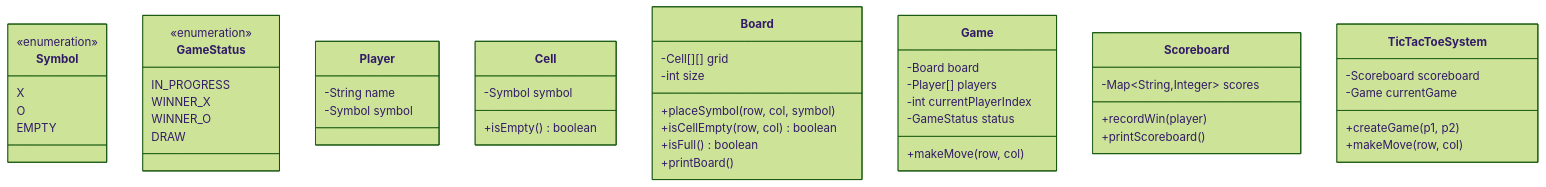
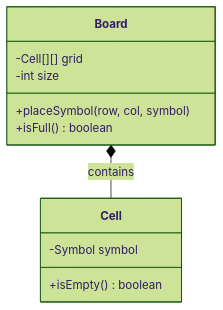
One commit to mthaiseer/springcloud-systemdesign-notes changed the second of 8 diagrams in LLD_NOTES/tic_tac_toe_lld_reference.md. Above: the diagram before and after it, drawn with Mermaid (forest theme). The commit also changed other lines of this file, not shown here.

````diff
--- a/LLD_NOTES/tic_tac_toe_lld_reference.md
+++ b/LLD_NOTES/tic_tac_toe_lld_reference.md
@@ -66,57 +70,16 @@
 ```mermaid
 classDiagram
-    class Symbol {
-        <<enumeration>>
-        X
-        O
-        EMPTY
-    }
-
-    class GameStatus {
-        <<enumeration>>
-        IN_PROGRESS
-        WINNER_X
-        WINNER_O
-        DRAW
-    }
-
-    class Player {
-        -String name
-        -Symbol symbol
+    class Board {
+        -Cell[][] grid
+        -int size
+        +placeSymbol(row, col, symbol)
+        +isFull() boolean
     }
 
     class Cell {
         -Symbol symbol
         +isEmpty() boolean
     }
 
-    class Board {
-        -Cell[][] grid
-        -int size
-        +placeSymbol(row, col, symbol)
-        +isCellEmpty(row, col) boolean
-        +isFull() boolean
-        +printBoard()
-    }
-
-    class Game {
-        -Board board
-        -Player[] players
-        -int currentPlayerIndex
-        -GameStatus status
-        +makeMove(row, col)
-    }
-
-    class Scoreboard {
-        -Map~String,Integer~ scores
-        +recordWin(player)
-        +printScoreboard()
-    }
-
-    class TicTacToeSystem {
-        -Scoreboard scoreboard
-        -Game currentGame
-        +createGame(p1, p2)
-        +makeMove(row, col)
-    }
+    Board *-- Cell : contains
 ```
````
